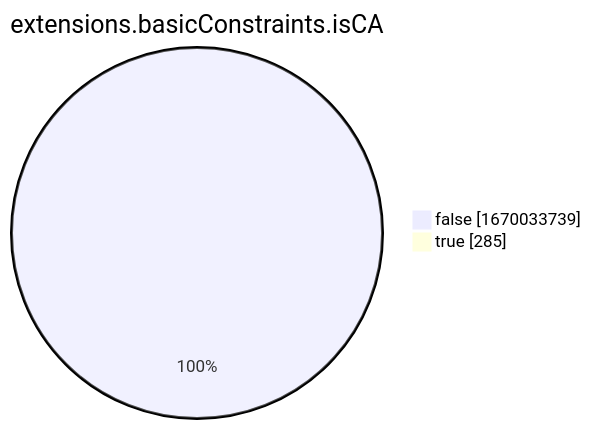
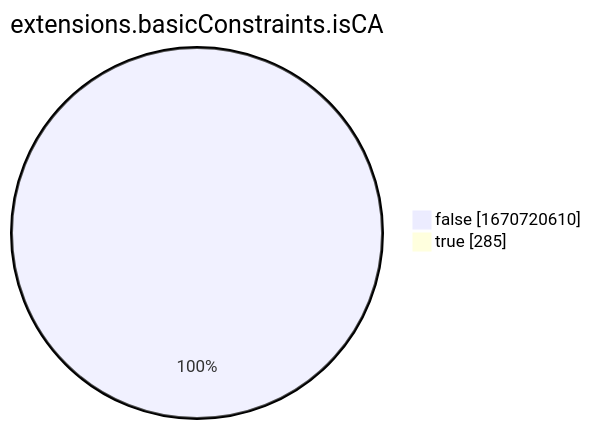
The eighth of 15 diagrams in xenon2022/README.md (christiankrug/ctmonitor_visualization), drawn with Mermaid before and after one commit. The commit also changed other lines of this file, not shown here.

````diff
--- a/xenon2022/README.md
+++ b/xenon2022/README.md
@@ -2865,6 +2865,6 @@
 ```mermaid
 pie showData
 title extensions.basicConstraints.isCA
-"false" :1670033739
+"false" :1670720610
 "true" :285
 ```
````
